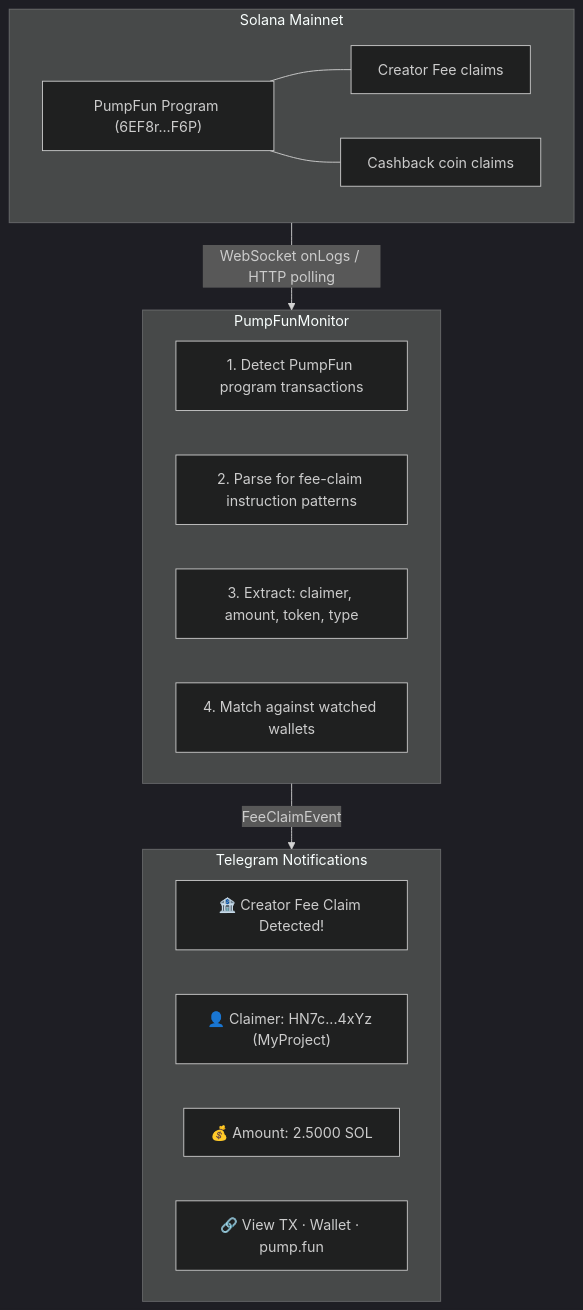
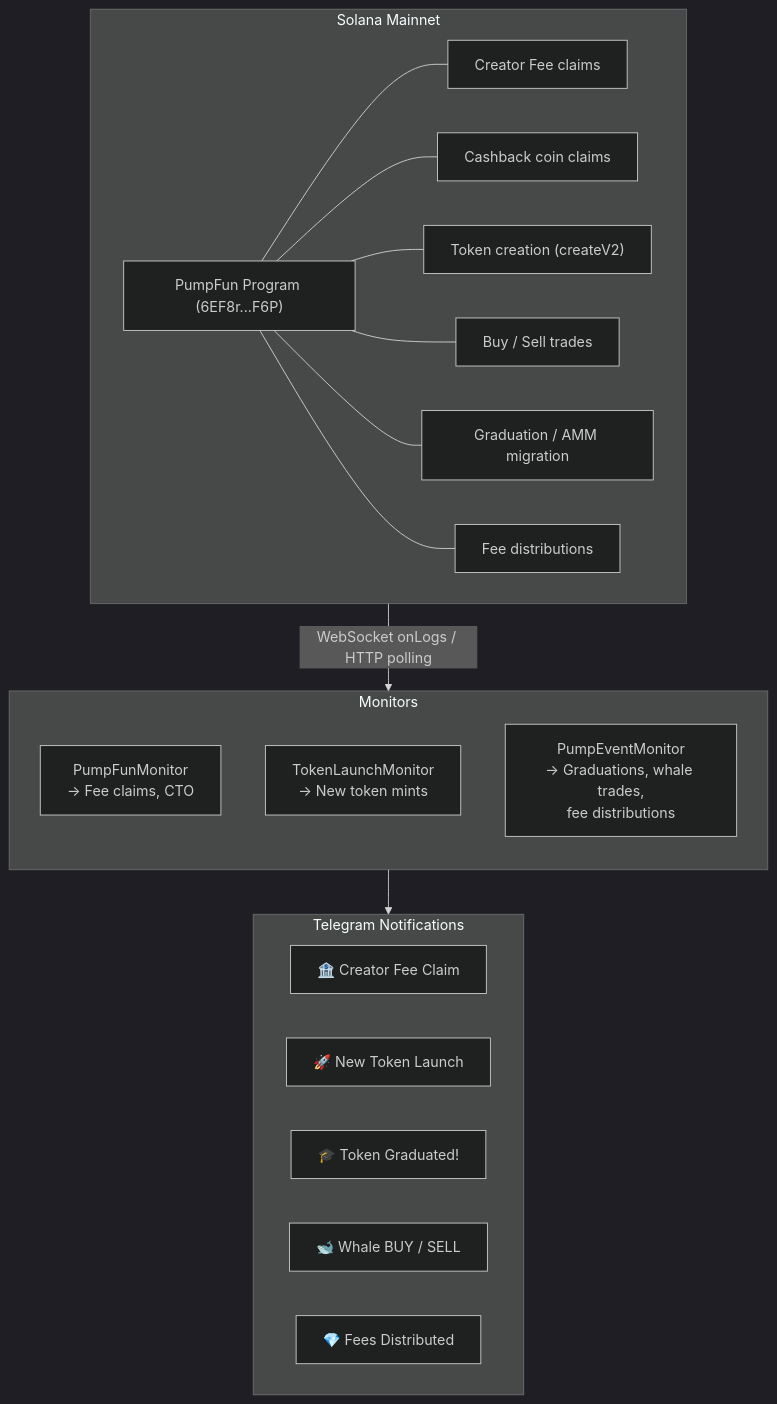
The diagram in telegram-bot/README.md (nirholas/pump-fun-sdk), drawn with Mermaid (dark theme) before and after one commit. The commit also changed other lines of this file and 4 other files, not shown here.

Commit message:
feat: Add analytics features and real-time monitoring to PumpFun SDK and update documentation

````diff
--- a/telegram-bot/README.md
+++ b/telegram-bot/README.md
@@ -77,26 +80,31 @@
 ```mermaid
 flowchart TD
   subgraph Solana["Solana Mainnet"]
     Program["PumpFun Program (6EF8r...F6P)"]
     Fee["Creator Fee claims"]
     Cash["Cashback coin claims"]
-    Program --- Fee & Cash
+    Create["Token creation (createV2)"]
+    Trade["Buy / Sell trades"]
+    Grad["Graduation / AMM migration"]
+    Dist["Fee distributions"]
+    Program --- Fee & Cash & Create & Trade & Grad & Dist
   end
 
-  subgraph Monitor["PumpFunMonitor"]
-    M1["1. Detect PumpFun program transactions"]
-    M2["2. Parse for fee-claim instruction patterns"]
-    M3["3. Extract: claimer, amount, token, type"]
-    M4["4. Match against watched wallets"]
+  subgraph Monitors["Monitors"]
+    direction TB
+    M_Fee["PumpFunMonitor\n→ Fee claims, CTO"]
+    M_Launch["TokenLaunchMonitor\n→ New token mints"]
+    M_Event["PumpEventMonitor\n→ Graduations, whale trades,\nfee distributions"]
   end
 
   subgraph Telegram["Telegram Notifications"]
-    N1["🏦 Creator Fee Claim Detected!"]
-    N2["👤 Claimer: HN7c...4xYz (MyProject)"]
-    N3["💰 Amount: 2.5000 SOL"]
-    N4["🔗 View TX · Wallet · pump.fun"]
+    N1["🏦 Creator Fee Claim"]
+    N2["🚀 New Token Launch"]
+    N3["🎓 Token Graduated!"]
+    N4["🐋 Whale BUY / SELL"]
+    N5["💎 Fees Distributed"]
   end
 
-  Solana -->|"WebSocket onLogs / HTTP polling"| Monitor
-  Monitor -->|"FeeClaimEvent"| Telegram
+  Solana -->|"WebSocket onLogs / HTTP polling"| Monitors
+  Monitors --> Telegram
 ```
````
